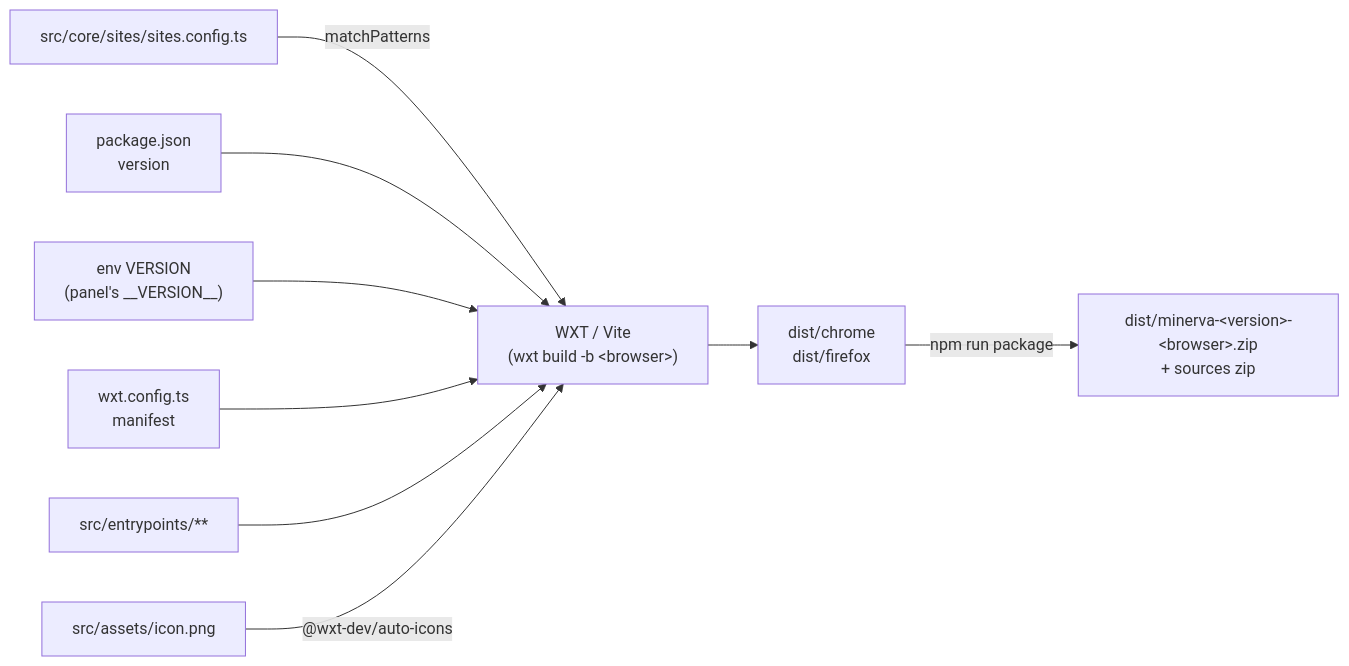
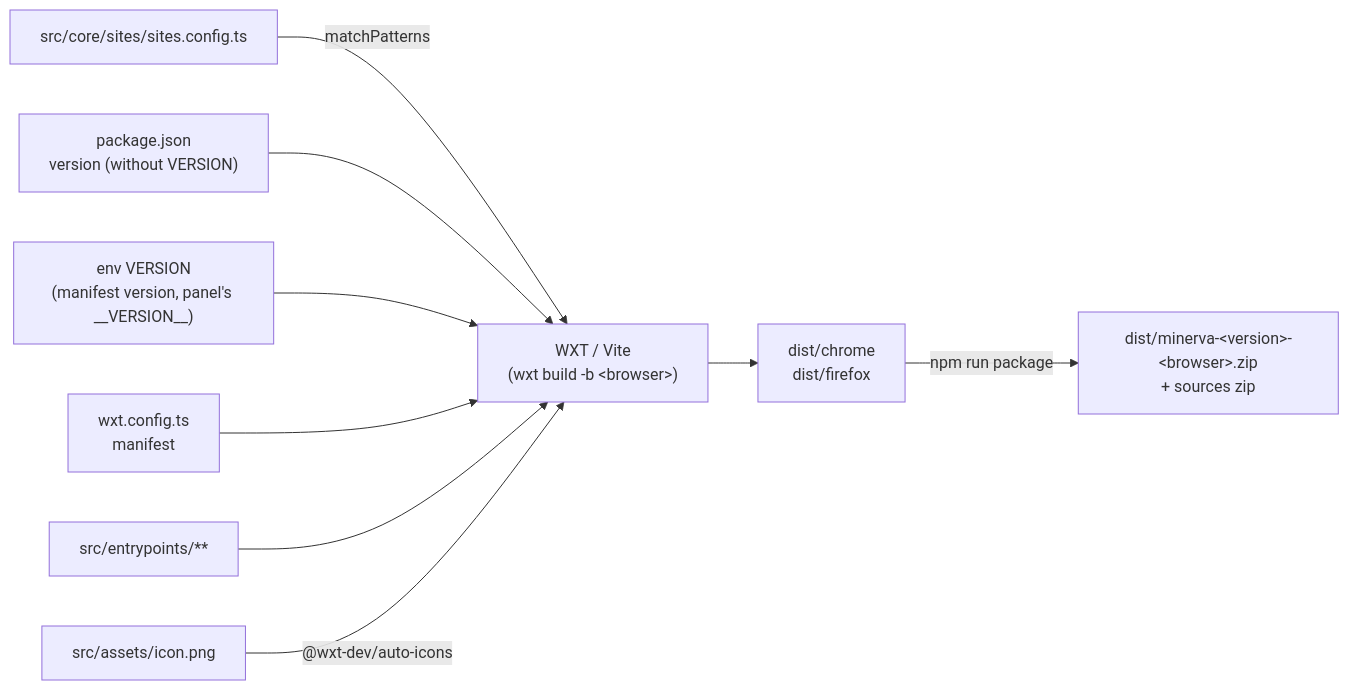
Before and after one commit to radyak/minerva-browserplugin: the eighth of 8 diagrams in docs/architecture.md, drawn with Mermaid. The commit also changed other lines of this file and 5 other files, not shown here.

````diff
--- a/docs/architecture.md
+++ b/docs/architecture.md
@@ -426,11 +426,11 @@
 ```mermaid
 flowchart LR
   sites["src/core/sites/sites.config.ts"] -->|matchPatterns| build["WXT / Vite<br/>(wxt build -b #lt;browser#gt;)"]
-  pkg["package.json<br/>version"] --> build
-  env["env VERSION<br/>(panel's __VERSION__)"] --> build
+  pkg["package.json<br/>version (without VERSION)"] --> build
+  env["env VERSION<br/>(manifest version, panel's __VERSION__)"] --> build
   cfg["wxt.config.ts<br/>manifest"] --> build
   entry["src/entrypoints/**"] --> build
   icon["src/assets/icon.png"] -->|"@wxt-dev/auto-icons"| build
   build --> dist["dist/chrome<br/>dist/firefox"]
   dist -->|npm run package| zip["dist/minerva-#lt;version#gt;-#lt;browser#gt;.zip<br/>+ sources zip"]
 ```
````
